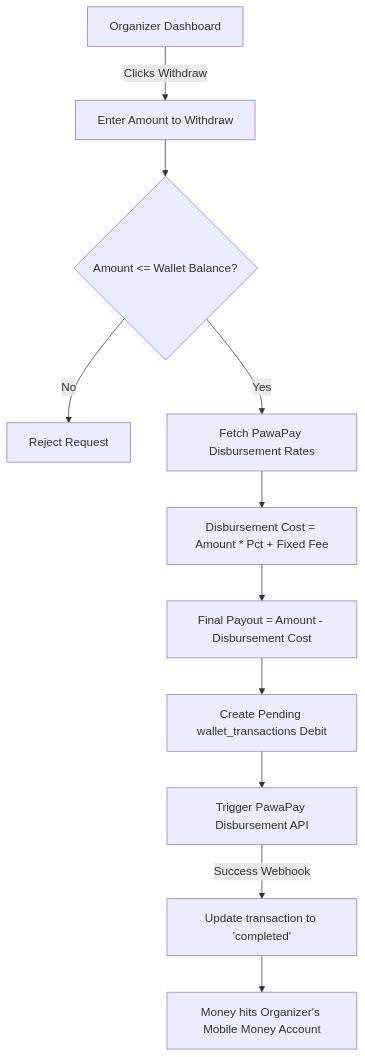
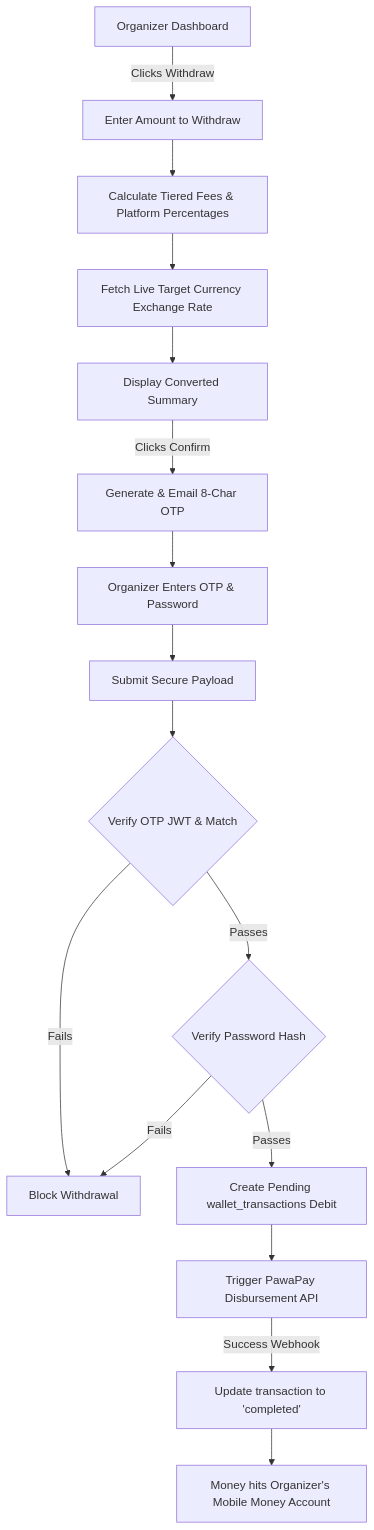
One commit to FEATHERS-GROUP/agatike-connect changed diagram 55 of 55 in README.md. Above: the diagram before and after it, drawn with Mermaid. The commit also changed other lines of this file and 1 other file, not shown here.

Commit message:
withdraw currency

````diff
--- a/README.md
+++ b/README.md
@@ -1935,16 +1950,20 @@
 ```mermaid
 flowchart TD
     Dashboard[Organizer Dashboard] -->|Clicks Withdraw| Req[Enter Amount to Withdraw]
-    Req --> CheckBal{Amount <= Wallet Balance?}
-    CheckBal -->|No| Reject[Reject Request]
-    CheckBal -->|Yes| NetCalc[Fetch PawaPay Disbursement Rates]
-
-    NetCalc --> Math[Disbursement Cost = Amount * Pct + Fixed Fee]
-    Math --> Final[Final Payout = Amount - Disbursement Cost]
-
-    Final --> Ledger[Create Pending wallet_transactions Debit]
+    Req --> NetCalc[Calculate Tiered Fees & Platform Percentages]
+    NetCalc --> Exch[Fetch Live Target Currency Exchange Rate]
+    Exch --> UI[Display Converted Summary]
+    UI -->|Clicks Confirm| OTPAPI[Generate & Email 8-Char OTP]
+    OTPAPI --> SecUI[Organizer Enters OTP & Password]
+    
+    SecUI --> Server[Submit Secure Payload]
+    Server --> JWTCheck{Verify OTP JWT & Match}
+    JWTCheck -->|Fails| Reject[Block Withdrawal]
+    JWTCheck -->|Passes| PassCheck{Verify Password Hash}
+    PassCheck -->|Fails| Reject
+    PassCheck -->|Passes| Ledger[Create Pending wallet_transactions Debit]
     Ledger --> API[Trigger PawaPay Disbursement API]
 
     API -->|Success Webhook| Update[Update transaction to 'completed']
     Update --> Bank[Money hits Organizer's Mobile Money Account]
 ```
````
